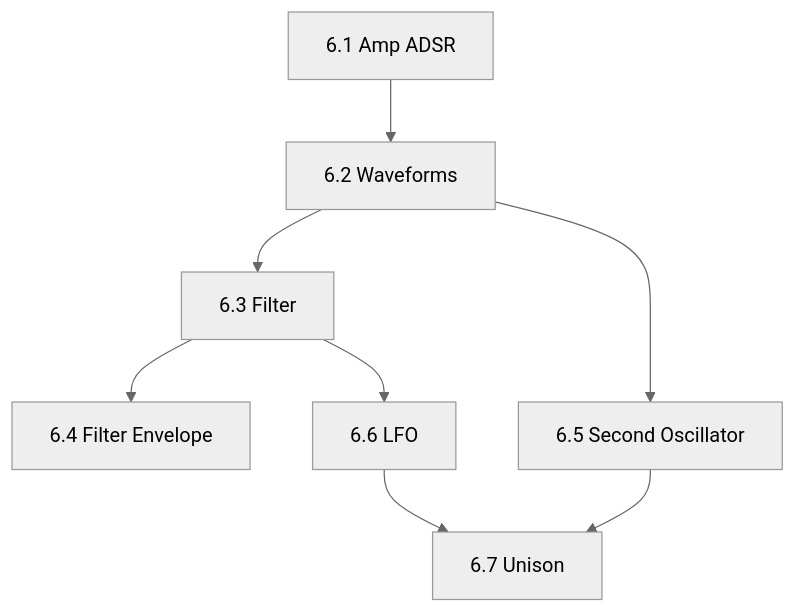
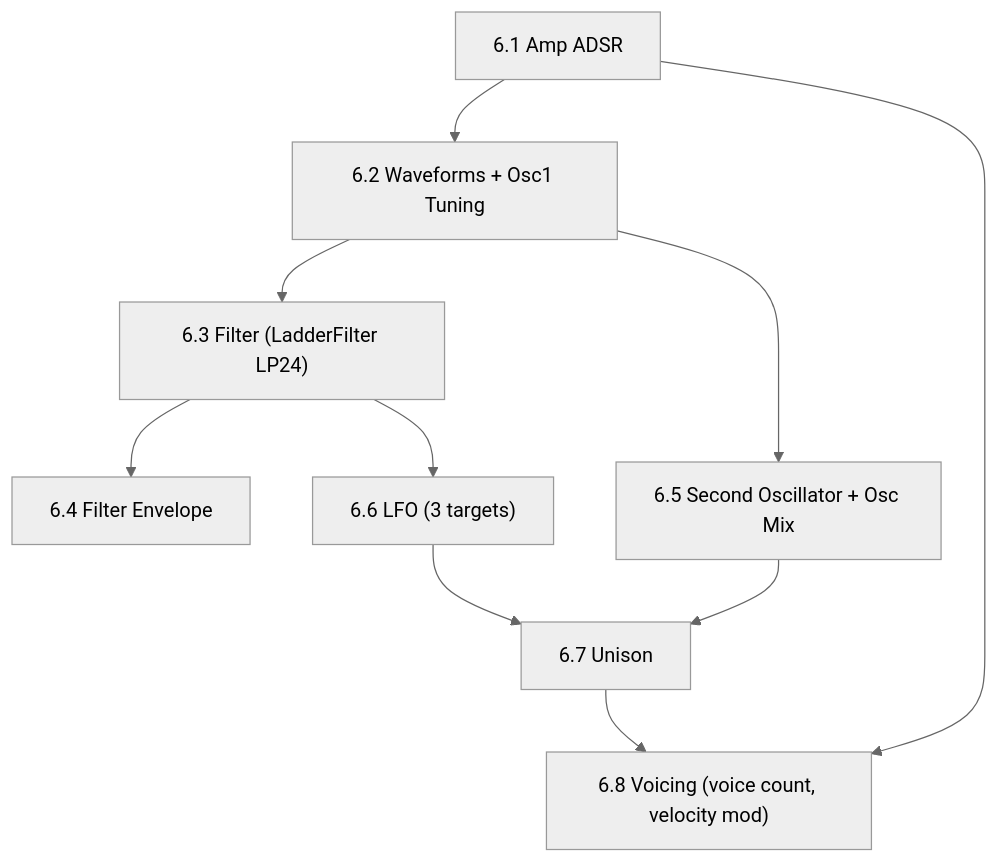
Before and after one commit to AnshulJ999/Solace-Synth: the diagram in .agent/plans/Phase 6 — DSP Roadmap.md, drawn with Mermaid (neutral theme). The commit also changed other lines of this file and 3 other files, not shown here.

````diff
--- a/.agent/plans/Phase 6 — DSP Roadmap.md
+++ b/.agent/plans/Phase 6 — DSP Roadmap.md
@@ -258,10 +410,12 @@
 ```mermaid
 graph TD
-  A["6.1 Amp ADSR"] --> B["6.2 Waveforms"]
-  B --> C["6.3 Filter"]
+  A["6.1 Amp ADSR"] --> B["6.2 Waveforms + Osc1 Tuning"]
+  B --> C["6.3 Filter (LadderFilter LP24)"]
   C --> D["6.4 Filter Envelope"]
-  B --> E["6.5 Second Oscillator"]
-  C --> F["6.6 LFO"]
+  B --> E["6.5 Second Oscillator + Osc Mix"]
+  C --> F["6.6 LFO (3 targets)"]
   E --> G["6.7 Unison"]
   F --> G
+  G --> H["6.8 Voicing (voice count, velocity mod)"]
+  A --> H
 ```
````
